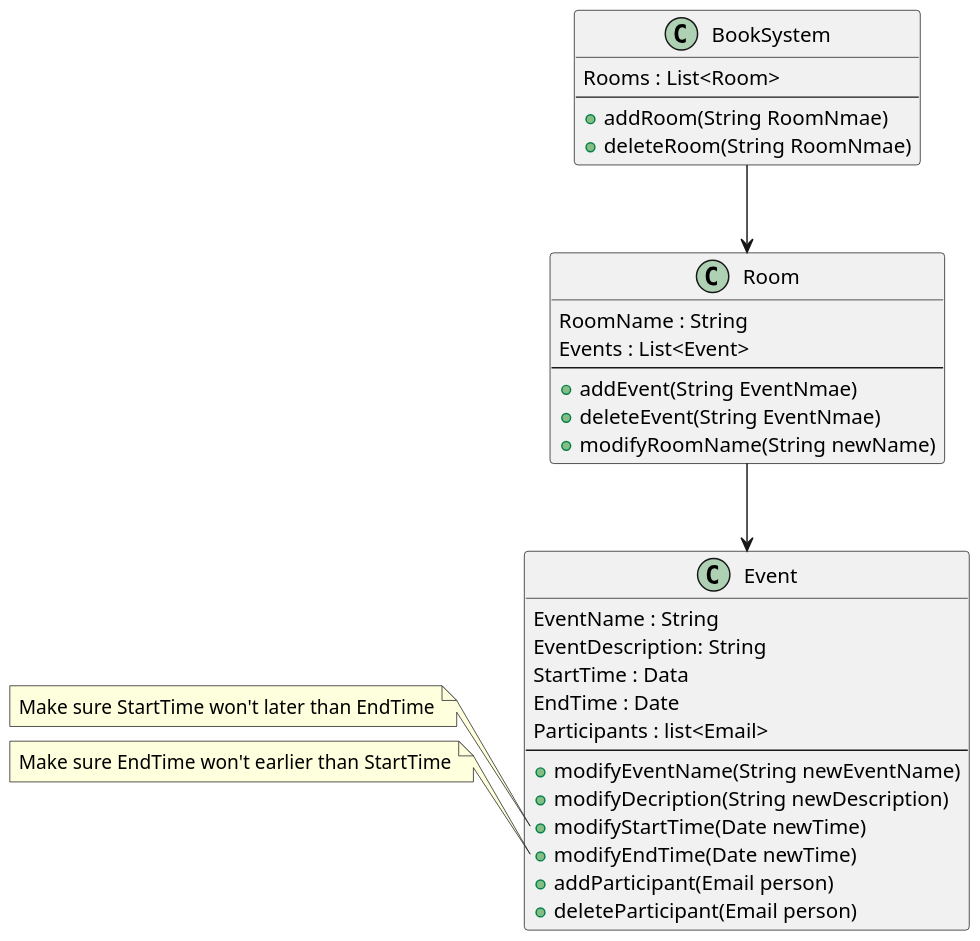
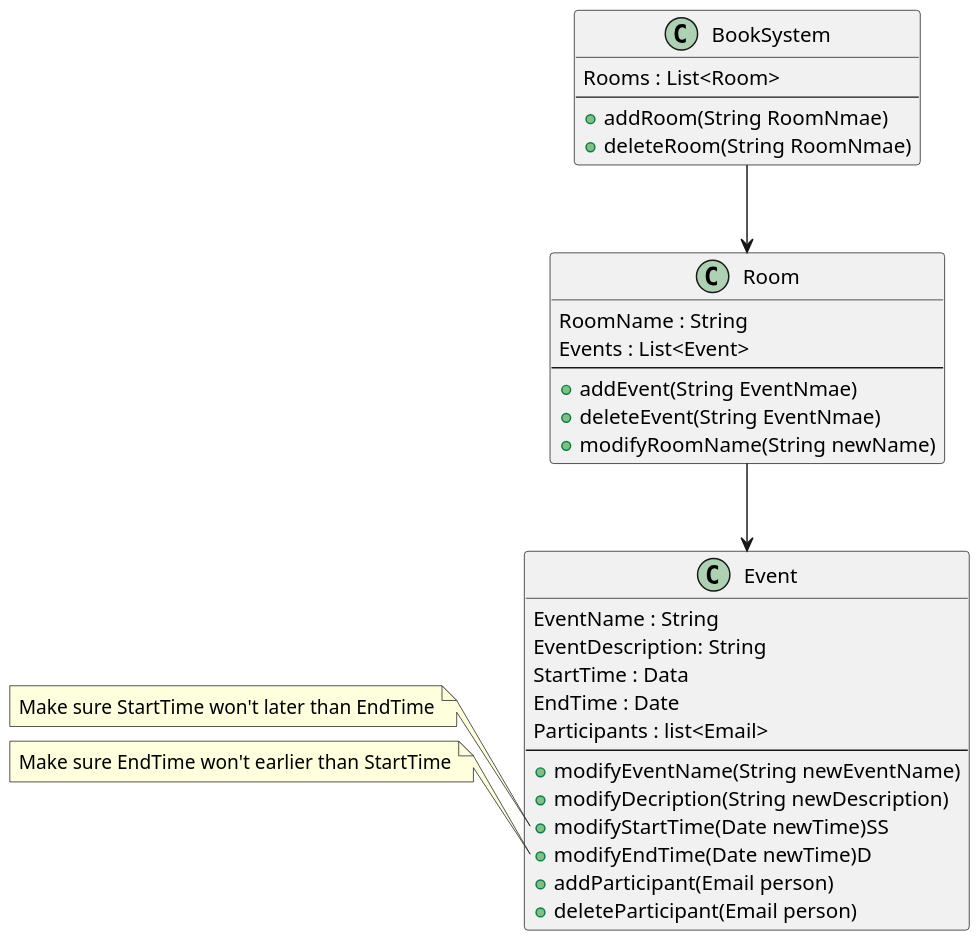
One commit to BrendonJYHsieh/BookSystem changed the diagram in Documents/SystemStructure.wsd. Above: the diagram before and after it, drawn with PlantUML. The commit also changed 2 other files, not shown here.

```diff
--- a/Documents/SystemStructure.wsd
+++ b/Documents/SystemStructure.wsd
@@ -1,41 +1,41 @@
 @startuml Reservation System
 scale 1.5
 Class Event {
     EventName : String
     EventDescription: String
     StartTime : Data
     EndTime : Date
     Participants : list<Email>
     --
     + modifyEventName(String newEventName)
     + modifyDecription(String newDescription)
-    + modifyStartTime(Date newTime)
-    + modifyEndTime(Date newTime)
+    + modifyStartTime(Date newTime)SS
+    + modifyEndTime(Date newTime)D
     + addParticipant(Email person)
     + deleteParticipant(Email person)
 }
 Class Room {
     RoomName : String
     Events : List<Event>
     --
     + addEvent(String EventNmae)
     + deleteEvent(String EventNmae)
     + modifyRoomName(String newName)
 }
 class BookSystem {
     Rooms : List<Room>
     --
     + addRoom(String RoomNmae)
     + deleteRoom(String RoomNmae)
 }
 note left of Event::"modifyStartTime(Date newTime)"
  Make sure StartTime won't later than EndTime
 end note
 
 note left of Event::"modifyEndTime(Date newTime)"
  Make sure EndTime won't earlier than StartTime
 end note
 
 BookSystem --> Room
 Room --> Event
 @enduml
```
